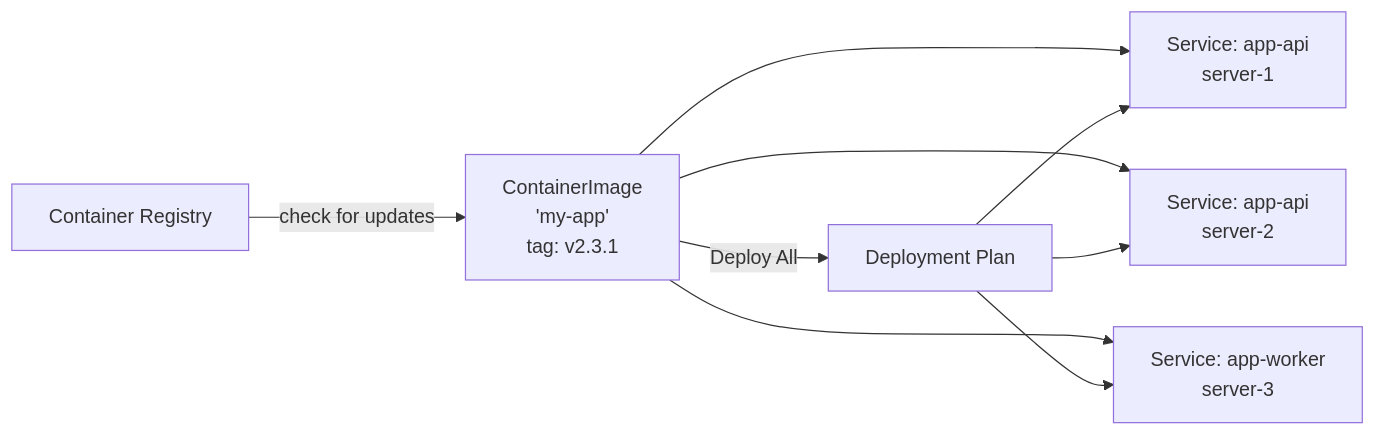
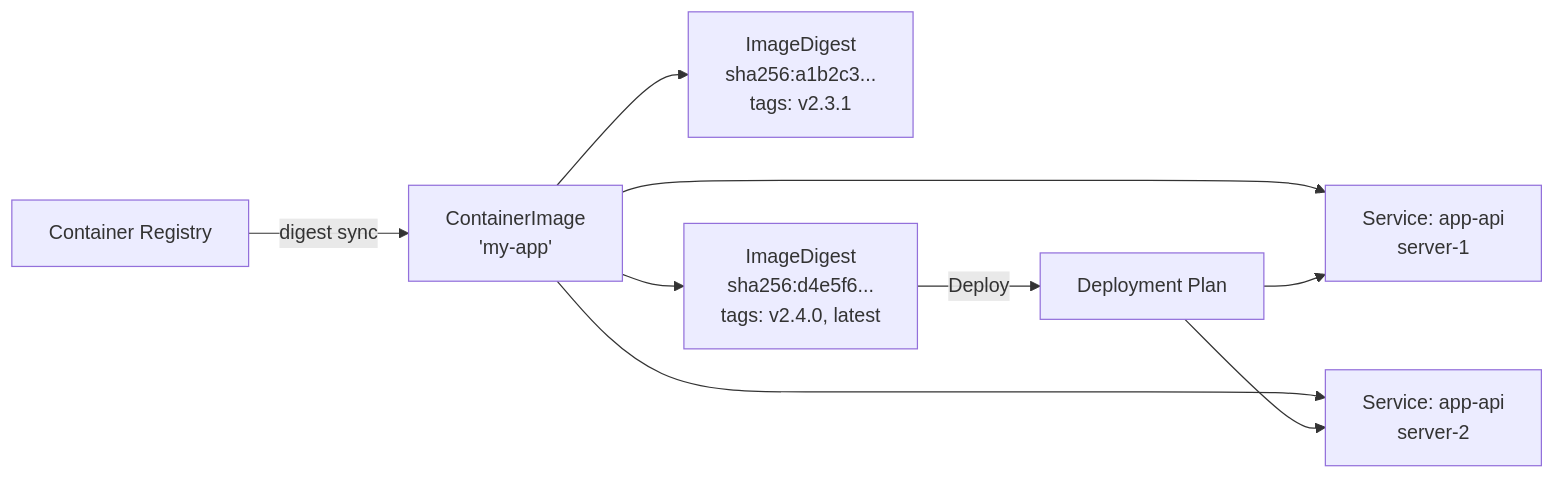
One commit to bridgeinpt/bridgeport changed the diagram in docs/guides/container-images.md. Above: the diagram before and after it, drawn with Mermaid. The commit also changed other lines of this file, not shown here.

First line of the commit message:
Document digest-centric container images and auto-prune

````diff
--- a/docs/guides/container-images.md
+++ b/docs/guides/container-images.md
@@ -37,12 +40,12 @@
 ```mermaid
 flowchart LR
-    R[Container Registry] -->|check for updates| CI[ContainerImage<br/>'my-app'<br/>tag: v2.3.1]
+    R[Container Registry] -->|digest sync| CI[ContainerImage<br/>'my-app']
+    CI --> ID1[ImageDigest<br/>sha256:a1b2c3...<br/>tags: v2.3.1]
+    CI --> ID2[ImageDigest<br/>sha256:d4e5f6...<br/>tags: v2.4.0, latest]
     CI --> S1[Service: app-api<br/>server-1]
     CI --> S2[Service: app-api<br/>server-2]
-    CI --> S3[Service: app-worker<br/>server-3]
 
-    CI -->|Deploy All| DP[Deployment Plan]
+    ID2 -->|Deploy| DP[Deployment Plan]
     DP --> S1
     DP --> S2
-    DP --> S3
 ```
````
